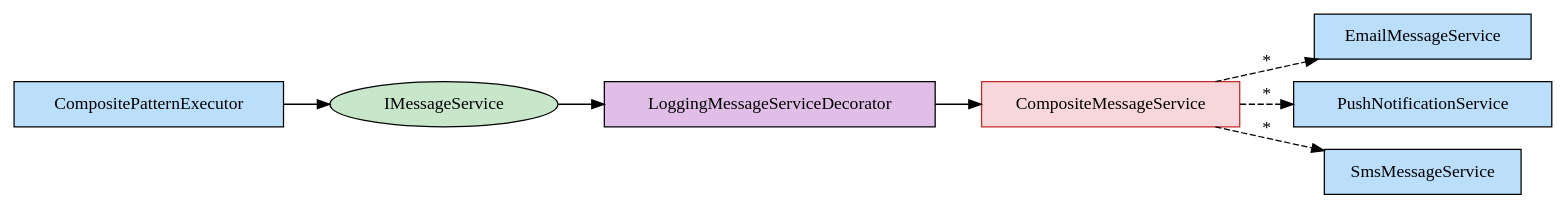
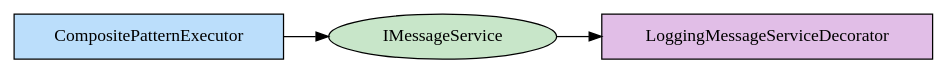
The diagram in examples/Qudi.Example.Readme/exported/CompositePatternExecutor.dot (arika0093/Qudi), drawn with Graphviz before and after one commit. The commit also changed 2 other files, not shown here.

```diff
--- a/examples/Qudi.Example.Readme/exported/CompositePatternExecutor.dot
+++ b/examples/Qudi.Example.Readme/exported/CompositePatternExecutor.dot
@@ -1,17 +1,9 @@
 digraph Qudi {
   rankdir=LR;
 node [shape=box, fontname="Consolas"];
-  "Qudi.Examples.CompositePattern.CompositeMessageService" [label="CompositeMessageService", shape=box, style=filled, fillcolor="#f8d7da", color="#c62828"];
   "Qudi.Examples.CompositePattern.CompositePatternExecutor" [label="CompositePatternExecutor", shape=box, style=filled, fillcolor="#bbdefb"];
-  "Qudi.Examples.CompositePattern.EmailMessageService" [label="EmailMessageService", shape=box, style=filled, fillcolor="#bbdefb"];
   "Qudi.Examples.CompositePattern.IMessageService" [label="IMessageService", shape=ellipse, style=filled, fillcolor="#c8e6c9"];
   "Qudi.Examples.CompositePattern.LoggingMessageServiceDecorator" [label="LoggingMessageServiceDecorator", shape=box, style=filled, fillcolor="#e1bee7"];
-  "Qudi.Examples.CompositePattern.PushNotificationService" [label="PushNotificationService", shape=box, style=filled, fillcolor="#bbdefb"];
-  "Qudi.Examples.CompositePattern.SmsMessageService" [label="SmsMessageService", shape=box, style=filled, fillcolor="#bbdefb"];
   "Qudi.Examples.CompositePattern.CompositePatternExecutor" -> "Qudi.Examples.CompositePattern.IMessageService";
   "Qudi.Examples.CompositePattern.IMessageService" -> "Qudi.Examples.CompositePattern.LoggingMessageServiceDecorator";
-  "Qudi.Examples.CompositePattern.LoggingMessageServiceDecorator" -> "Qudi.Examples.CompositePattern.CompositeMessageService";
-  "Qudi.Examples.CompositePattern.CompositeMessageService" -> "Qudi.Examples.CompositePattern.EmailMessageService" [label="*", style=dashed];
-  "Qudi.Examples.CompositePattern.CompositeMessageService" -> "Qudi.Examples.CompositePattern.SmsMessageService" [label="*", style=dashed];
-  "Qudi.Examples.CompositePattern.CompositeMessageService" -> "Qudi.Examples.CompositePattern.PushNotificationService" [label="*", style=dashed];
 }
```
